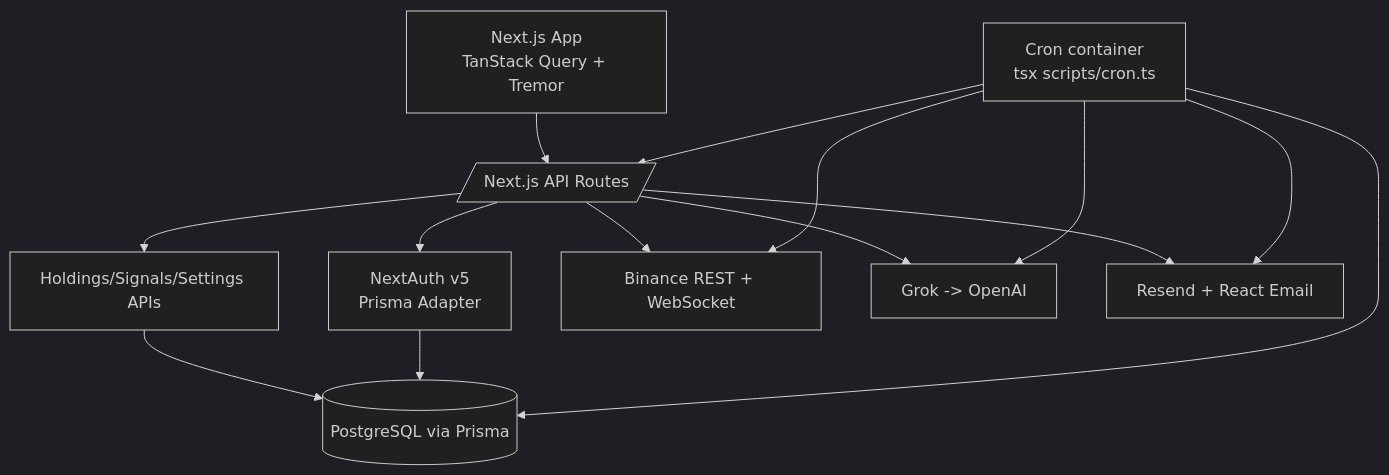
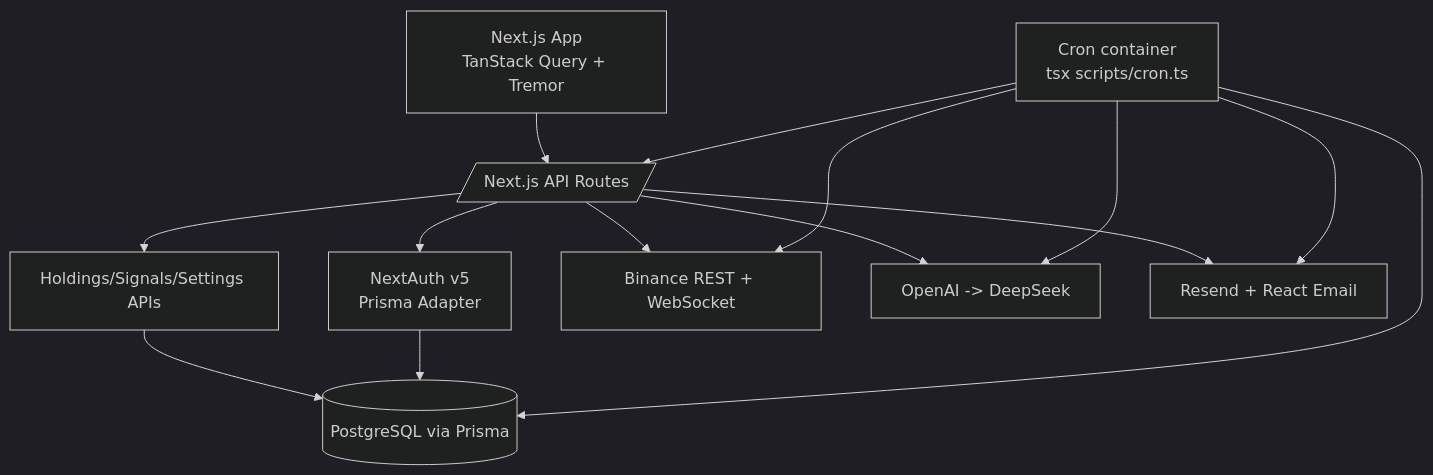
One commit to bhoyee/ApexPulse changed the diagram in README.md. Above: the diagram before and after it, drawn with Mermaid (dark theme). The commit also changed other lines of this file and 4 other files, not shown here.

````diff
--- a/README.md
+++ b/README.md
@@ -113,16 +113,16 @@
 ```mermaid
 flowchart TD
     Browser[Next.js App<br/>TanStack Query + Tremor] --> API[/Next.js API Routes/]
     API --> Auth[NextAuth v5<br/>Prisma Adapter]
     API --> Holdings[Holdings/Signals/Settings APIs]
     API --> Binance[Binance REST + WebSocket]
-    API --> AI[Grok -> OpenAI]
+    API --> AI[OpenAI -> DeepSeek]
     API --> Email[Resend + React Email]
     Holdings --> DB[(PostgreSQL via Prisma)]
     Auth --> DB
     Cron[Cron container<br/>tsx scripts/cron.ts] --> API
     Cron --> Binance
     Cron --> AI
     Cron --> Email
     Cron --> DB
 ```
````
